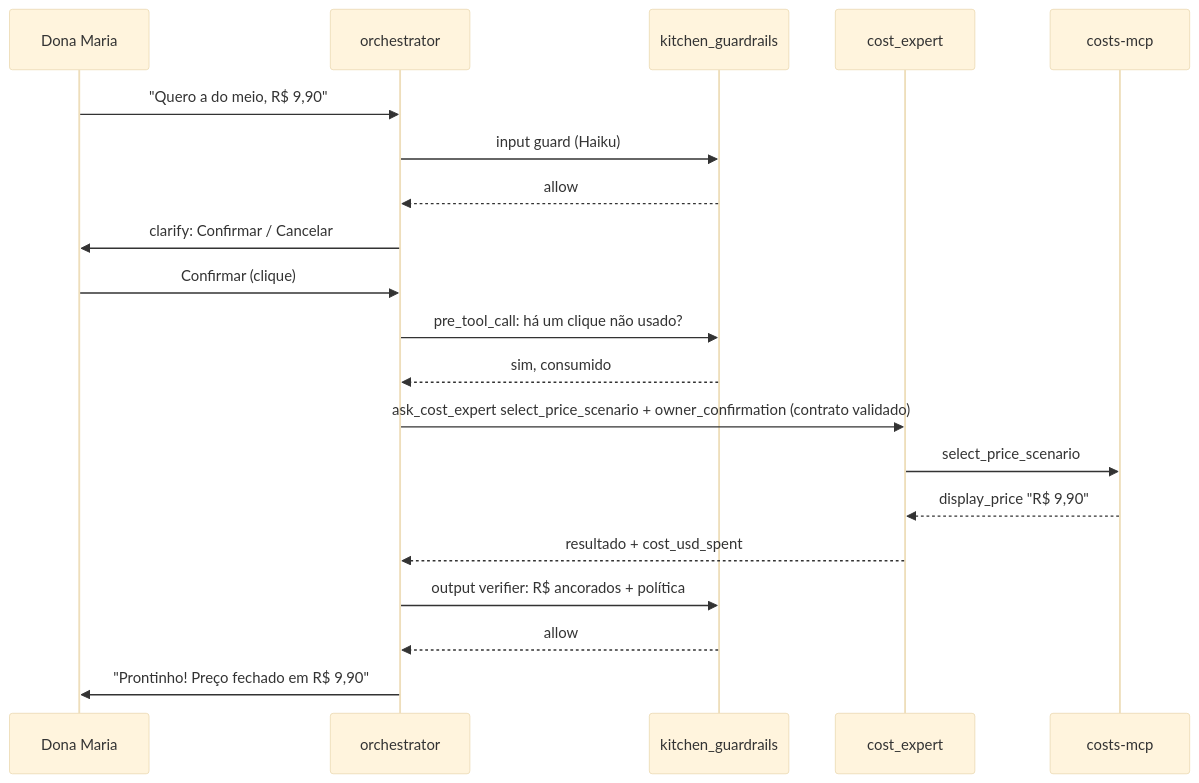
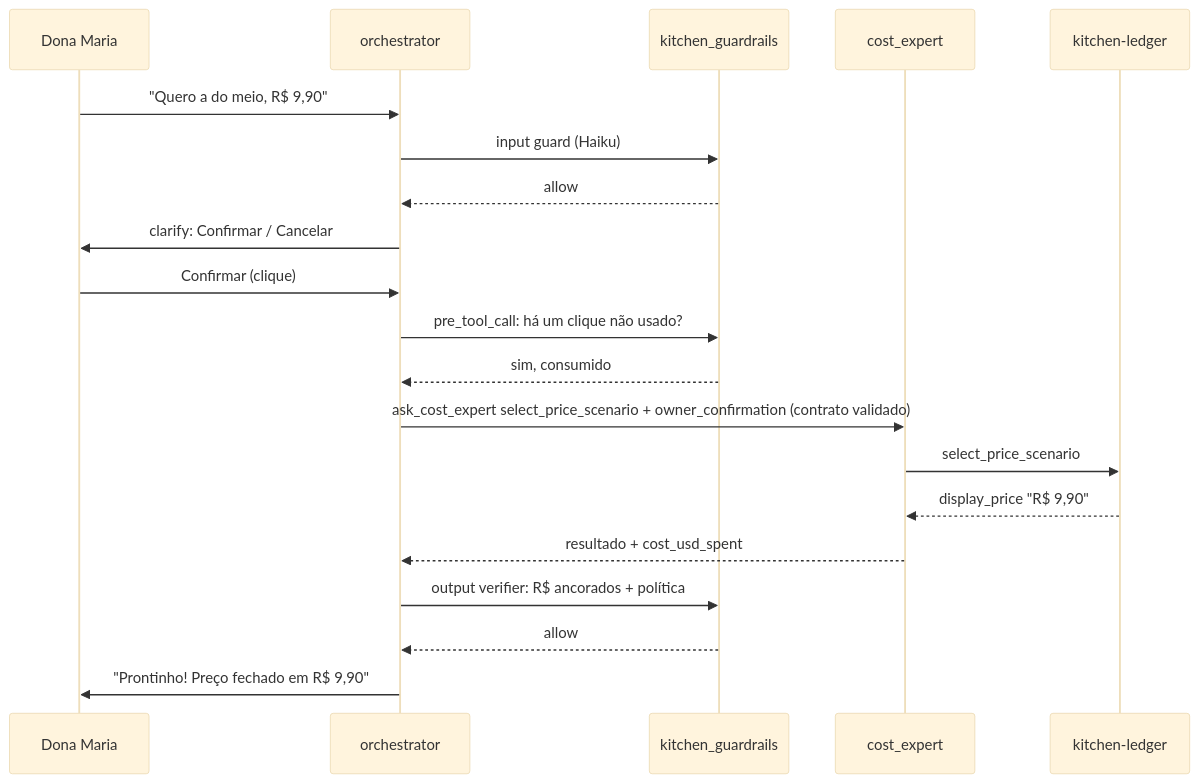
The second of 2 diagrams in README.md (LawsonOliveira/kitchen-assistant), drawn with Mermaid (base theme) before and after one commit. The commit also changed other lines of this file and 77 other files, not shown here.

First line of the commit message:
refactor: costs-mcp becomes kitchen-ledger, the book of the business

````diff
--- a/README.md
+++ b/README.md
@@ -89,22 +89,22 @@
 ```mermaid
 sequenceDiagram
     participant M as Dona Maria
     participant F as orchestrator
     participant G as kitchen_guardrails
     participant C as cost_expert
-    participant X as costs-mcp
+    participant X as kitchen-ledger
     M->>F: "Quero a do meio, R$ 9,90"
     F->>G: input guard (Haiku)
     G-->>F: allow
     F->>M: clarify: Confirmar / Cancelar
     M->>F: Confirmar (clique)
     F->>G: pre_tool_call: há um clique não usado?
     G-->>F: sim, consumido
     F->>C: ask_cost_expert select_price_scenario + owner_confirmation (contrato validado)
     C->>X: select_price_scenario
     X-->>C: display_price "R$ 9,90"
     C-->>F: resultado + cost_usd_spent
     F->>G: output verifier: R$ ancorados + política
     G-->>F: allow
     F->>M: "Prontinho! Preço fechado em R$ 9,90"
 ```
````
